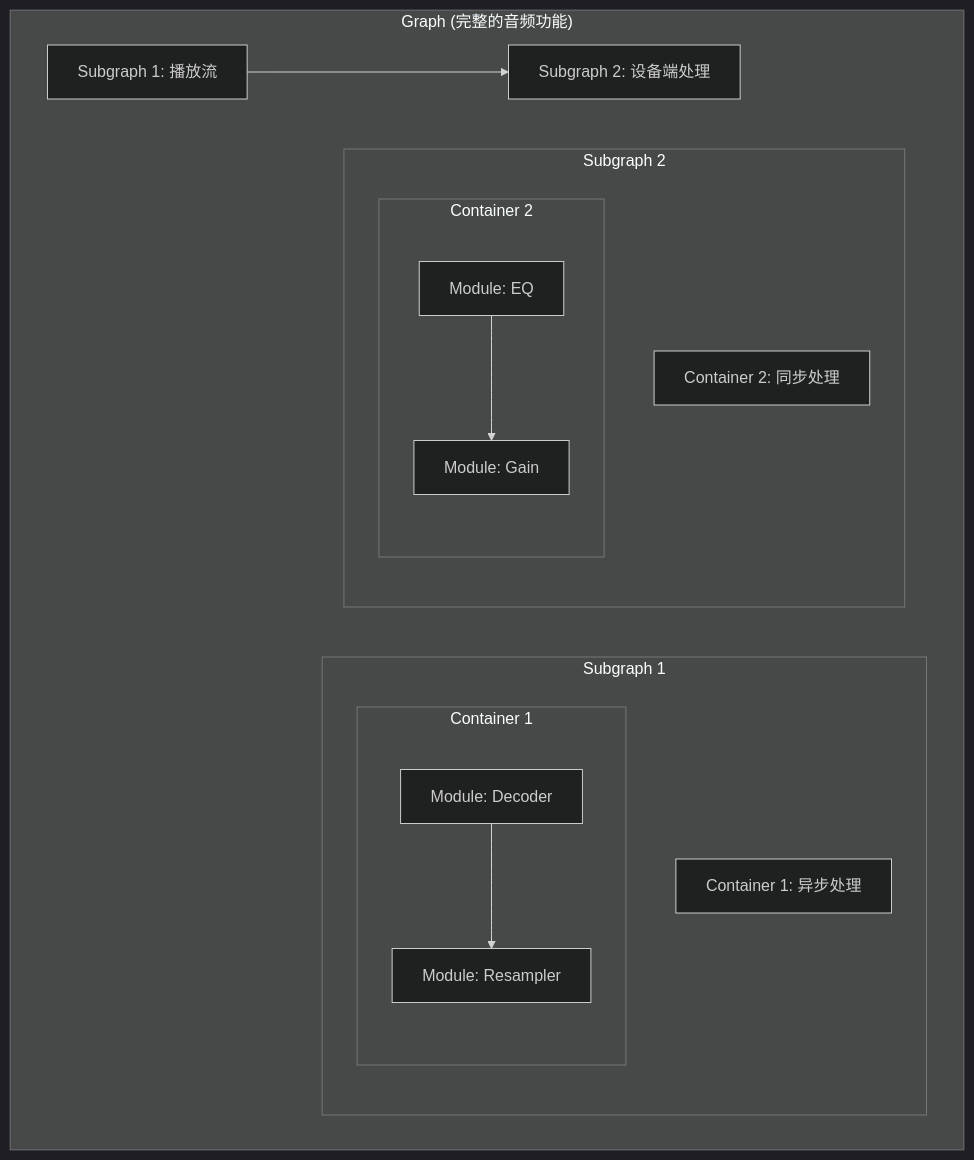
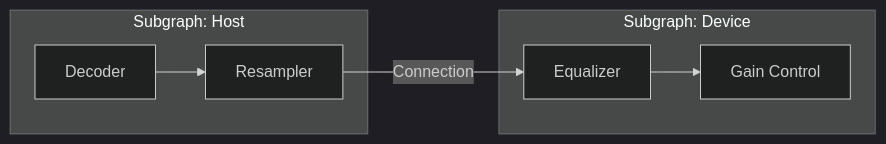
The diagram in 07-Qualcomm-Platform/01-AudioReach-Deep-Dive.md (yanglinzhen1022/awesome-audio-knowledge), drawn with Mermaid (dark theme) before and after one commit. The commit also changed other lines of this file and 10 other files, not shown here.

````diff
--- a/07-Qualcomm-Platform/01-AudioReach-Deep-Dive.md
+++ b/07-Qualcomm-Platform/01-AudioReach-Deep-Dive.md
@@ -19,27 +21,10 @@
 ```mermaid
-graph TD
-    subgraph "Graph (完整的音频功能)"
-        SG1[Subgraph 1: 播放流]
-        SG2[Subgraph 2: 设备端处理]
-        
-        subgraph "Subgraph 1"
-            C1[Container 1: 异步处理]
-            subgraph "Container 1"
-                M1[Module: Decoder]
-                M2[Module: Resampler]
-                M1 --> M2
-            end
-        end
-        
-        subgraph "Subgraph 2"
-            C2[Container 2: 同步处理]
-            subgraph "Container 2"
-                M3[Module: EQ]
-                M4[Module: Gain]
-                M3 --> M4
-            end
-        end
-        
-        SG1 --> SG2
+graph LR
+    subgraph "Subgraph: Host"
+        M_Dec[Decoder] --> M_SRC[Resampler]
     end
+    subgraph "Subgraph: Device"
+        M_EQ[Equalizer] --> M_Gain[Gain Control]
+    end
+    M_SRC -- Connection --> M_EQ
 ```
````
